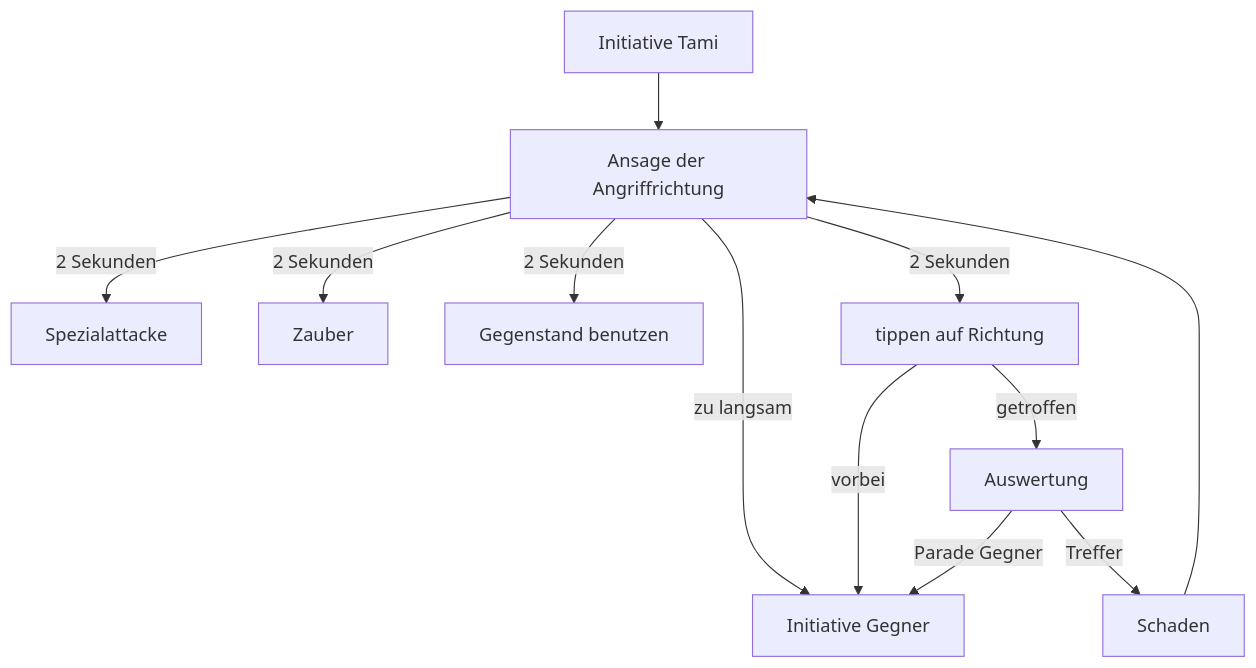
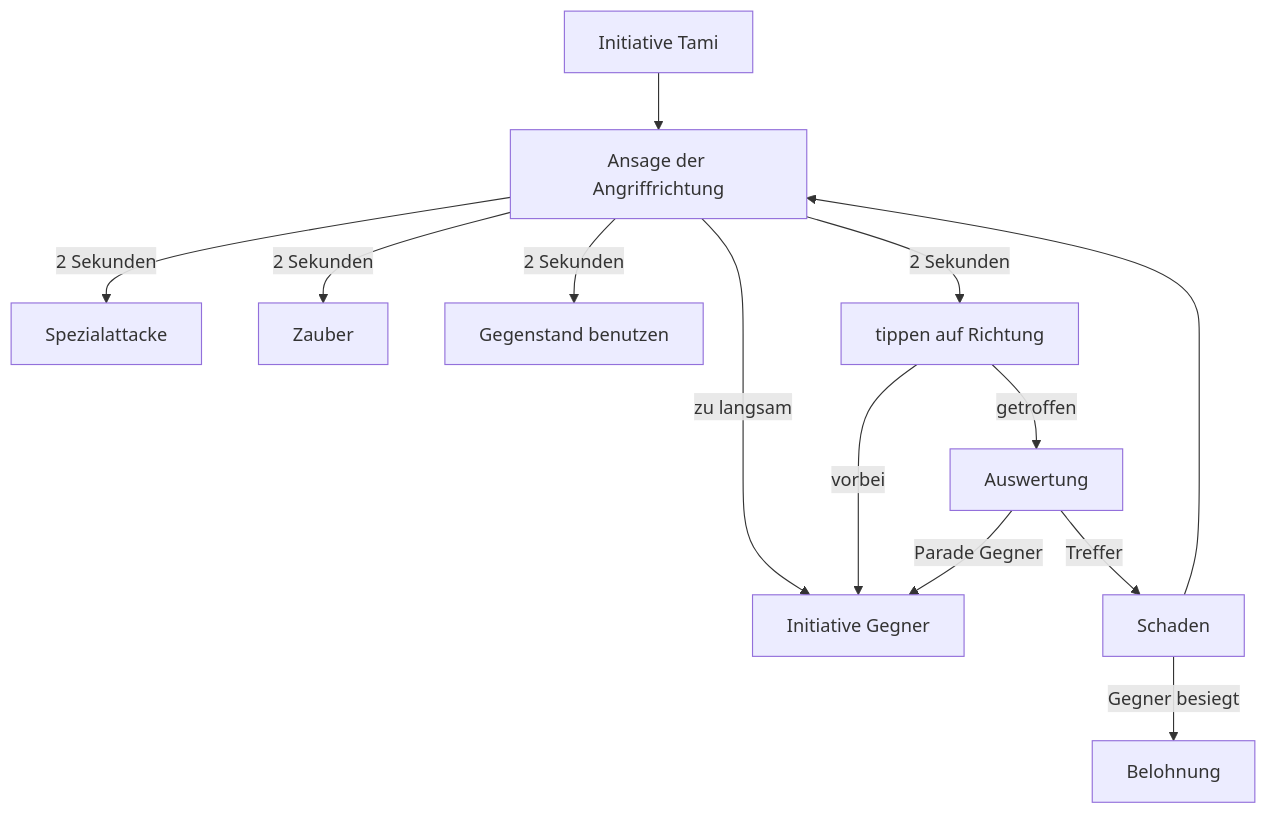
The diagram in README.md (JG55JG/Tami-und-der-Schattenkoenig), drawn with Mermaid before and after one commit.

````diff
--- a/README.md
+++ b/README.md
@@ -95,14 +95,15 @@
 ```mermaid
 graph TD;
     D[Initiative Tami]-->E[Ansage der Angriffrichtung];
     E--2 Sekunden-->GG[Spezialattacke];
     E--2 Sekunden-->GGG[Zauber];
     E--2 Sekunden-->GGGG[Gegenstand benutzen];
 	E--2 Sekunden-->G[tippen auf Richtung];
     E-- zu langsam -->C[Initiative Gegner];
     G--vorbei-->C
     G--getroffen-->II[Auswertung];
     II--Parade Gegner-->C;
     II--Treffer-->J[Schaden];
     J-->E;
+    J--Gegner besiegt-->K[Belohnung]
 ```
````
